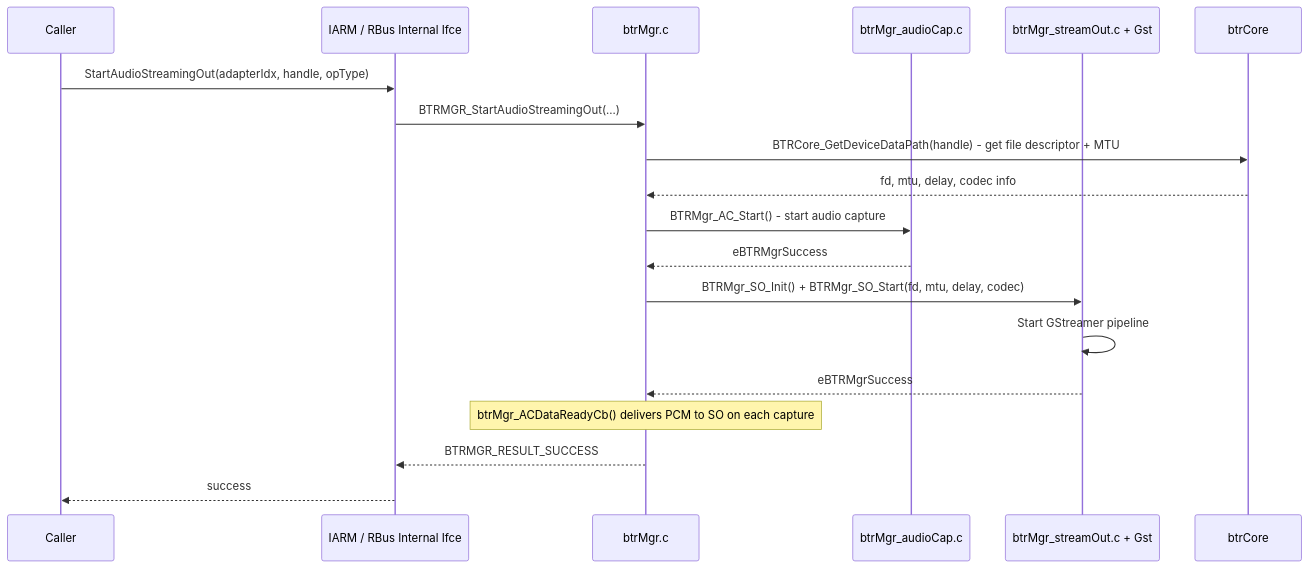
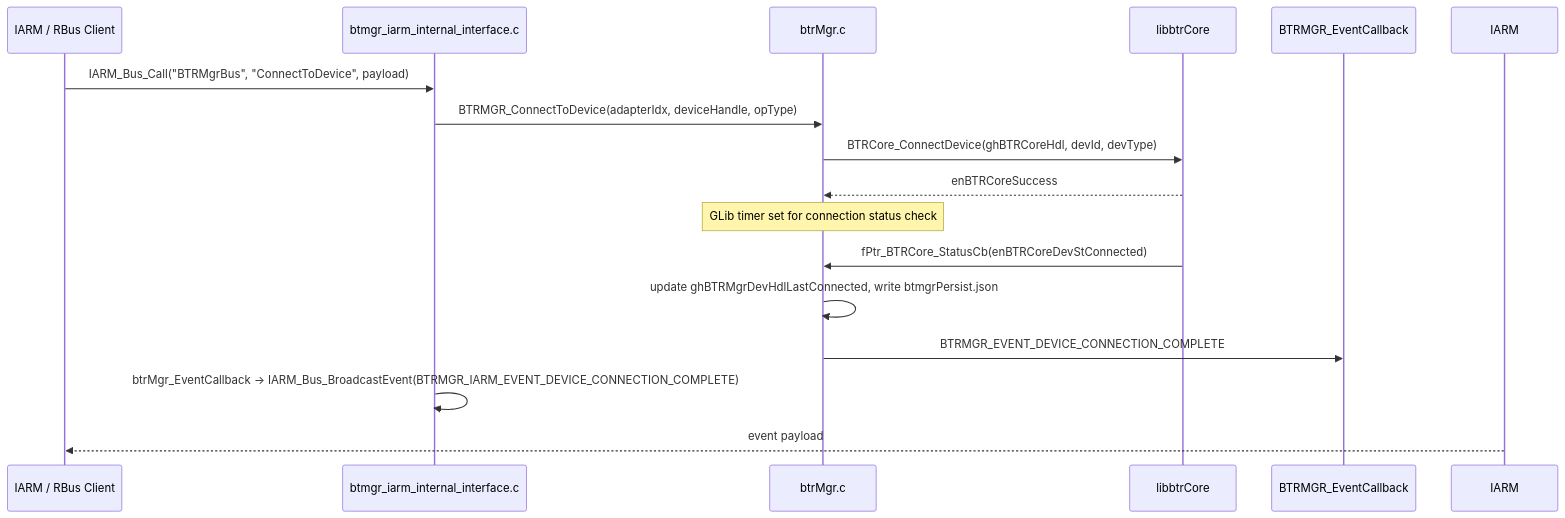
One commit to rns21/RDK_Documentation changed the fifth of 7 diagrams in docs/docu/RDKV-Documentations/bluetooth-mgr.md. Above: the diagram before and after it, drawn with Mermaid. The commit also changed other lines of this file, not shown here.

````diff
--- a/docs/docu/RDKV-Documentations/bluetooth-mgr.md
+++ b/docs/docu/RDKV-Documentations/bluetooth-mgr.md
@@ -692,22 +243,19 @@
 ```mermaid
 sequenceDiagram
-    participant Caller as Caller
-    participant IPC as IARM / RBus Internal Ifce
+    participant Client as IARM / RBus Client
+    participant IARMInt as btmgr_iarm_internal_interface.c
     participant Core as btrMgr.c
-    participant AC as btrMgr_audioCap.c
-    participant SO as btrMgr_streamOut.c + Gst
-    participant BTRCore as btrCore
+    participant BTRCore as libbtrCore
+    participant EventCb as BTRMGR_EventCallback
 
-    Caller->>IPC: StartAudioStreamingOut(adapterIdx, handle, opType)
-    IPC->>Core: BTRMGR_StartAudioStreamingOut(...)
-    Core->>BTRCore: BTRCore_GetDeviceDataPath(handle) - get file descriptor + MTU
-    BTRCore-->>Core: fd, mtu, delay, codec info
-    Core->>AC: BTRMgr_AC_Start() - start audio capture
-    AC-->>Core: eBTRMgrSuccess
-    Core->>SO: BTRMgr_SO_Init() + BTRMgr_SO_Start(fd, mtu, delay, codec)
-    SO->>SO: Start GStreamer pipeline
-    SO-->>Core: eBTRMgrSuccess
-    Note over Core: btrMgr_ACDataReadyCb() delivers PCM to SO on each capture
-    Core-->>IPC: BTRMGR_RESULT_SUCCESS
-    IPC-->>Caller: success
+    Client->>IARMInt: IARM_Bus_Call("BTRMgrBus", "ConnectToDevice", payload)
+    IARMInt->>Core: BTRMGR_ConnectToDevice(adapterIdx, deviceHandle, opType)
+    Core->>BTRCore: BTRCore_ConnectDevice(ghBTRCoreHdl, devId, devType)
+    BTRCore-->>Core: enBTRCoreSuccess
+    Note over Core: GLib timer set for connection status check
+    BTRCore->>Core: fPtr_BTRCore_StatusCb(enBTRCoreDevStConnected)
+    Core->>Core: update ghBTRMgrDevHdlLastConnected, write btmgrPersist.json
+    Core->>EventCb: BTRMGR_EVENT_DEVICE_CONNECTION_COMPLETE
+    IARMInt->>IARMInt: btrMgr_EventCallback → IARM_Bus_BroadcastEvent(BTRMGR_IARM_EVENT_DEVICE_CONNECTION_COMPLETE)
+    IARM-->>Client: event payload
 ```
````
